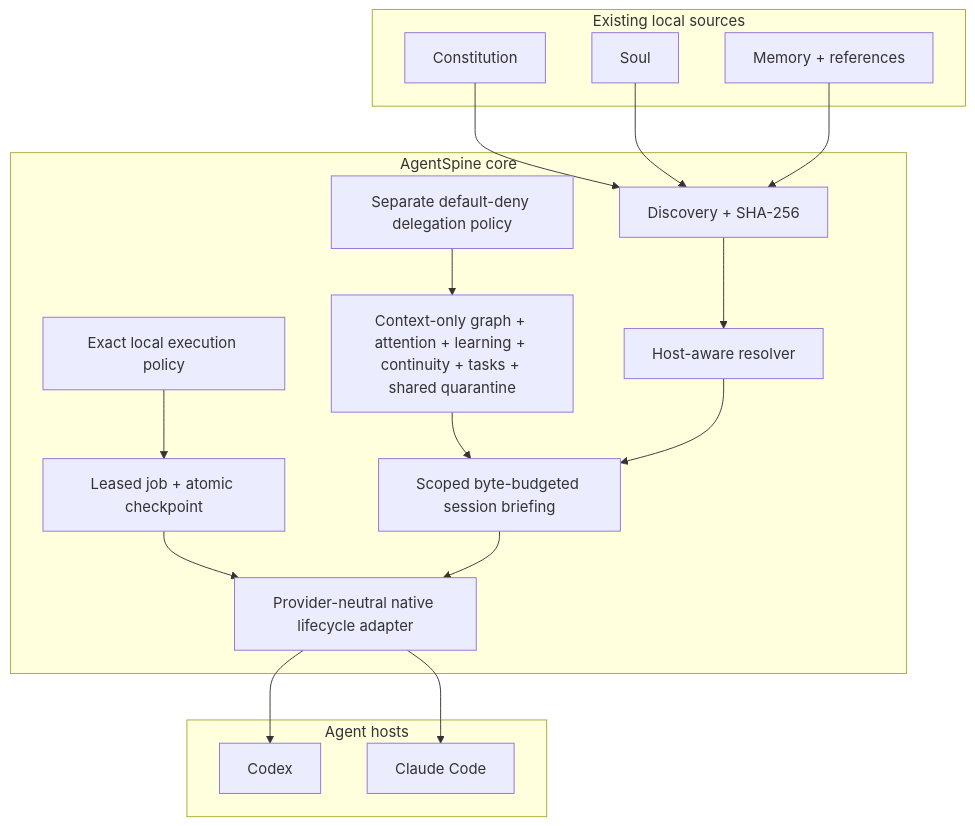
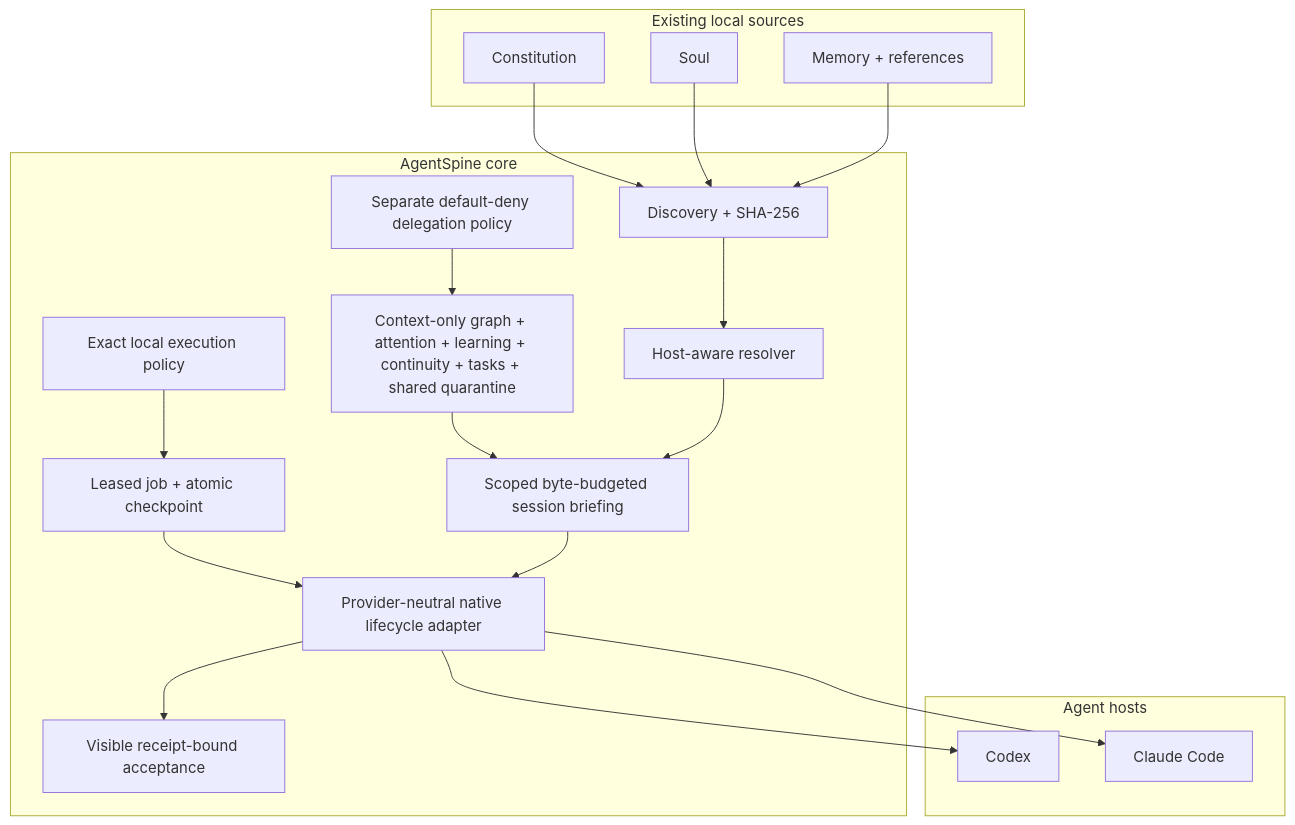
The first of 5 diagrams in docs/architecture.md (Maykbiletti/AgentSpine), drawn with Mermaid before and after one commit. The commit also changed other lines of this file and 29 other files, not shown here.

Commit message:
Add visible cross-host acceptance

````diff
--- a/docs/architecture.md
+++ b/docs/architecture.md
@@ -7,34 +7,36 @@
 ```mermaid
 flowchart TB
     subgraph Sources["Existing local sources"]
       C["Constitution"]
       S["Soul"]
       M["Memory + references"]
     end
     subgraph Core["AgentSpine core"]
       D["Discovery + SHA-256"]
       R["Host-aware resolver"]
       G["Context-only graph + attention + learning + continuity + tasks + shared quarantine"]
       B["Scoped byte-budgeted session briefing"]
       H["Provider-neutral native lifecycle adapter"]
       P["Separate default-deny delegation policy"]
       E["Exact local execution policy"]
       J["Leased job + atomic checkpoint"]
+      A["Visible receipt-bound acceptance"]
     end
     subgraph Hosts["Agent hosts"]
       X["Codex"]
       L["Claude Code"]
     end
     C --> D
     S --> D
     M --> D
     D --> R
     G --> B
     P --> G
     E --> J
     J --> H
     R --> B
     B --> H
+    H --> A
     H --> X
     H --> L
 ```
````
